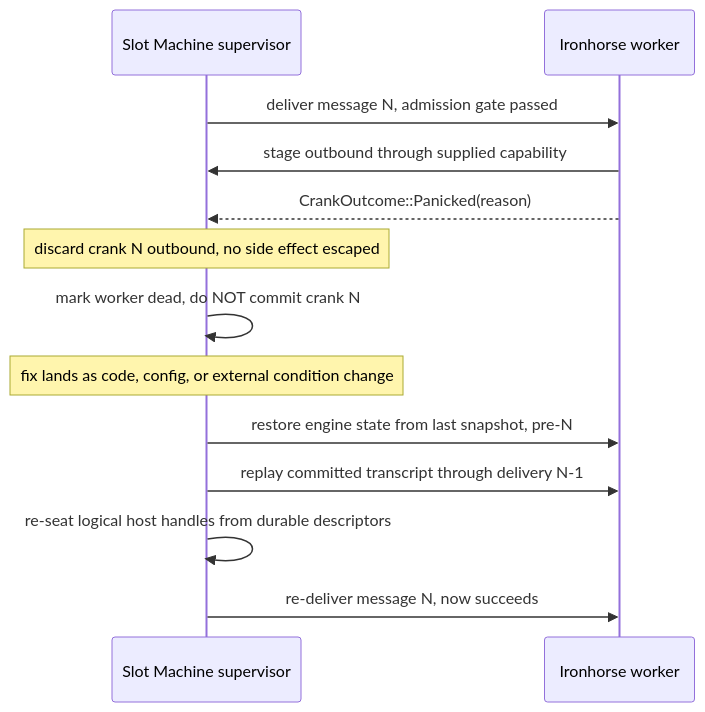
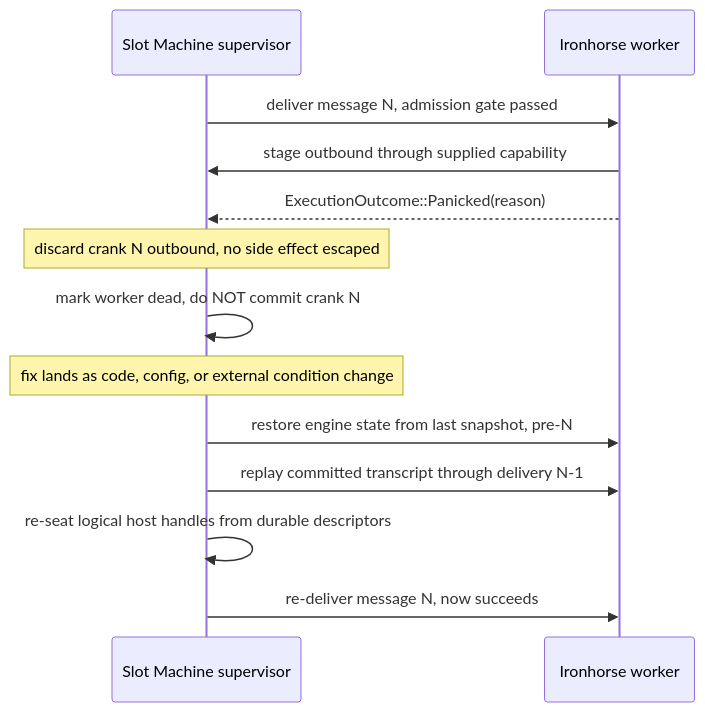
Before and after one commit to endojs/endo-but-for-bots: the second of 2 diagrams in designs/ironhorse-panic.md, drawn with Mermaid. The commit also changed other lines of this file, not shown here.

First line of the commit message:
docs(ironhorse): a crank is Slot Machine's, not the engine's (#1018)

````diff
--- a/designs/ironhorse-panic.md
+++ b/designs/ironhorse-panic.md
@@ -758,15 +772,15 @@
 ```mermaid
 sequenceDiagram
     participant SM as Slot Machine supervisor
     participant IH as Ironhorse worker
     SM->>IH: deliver message N, admission gate passed
     IH->>SM: stage outbound through supplied capability
-    IH-->>SM: CrankOutcome::Panicked(reason)
+    IH-->>SM: ExecutionOutcome::Panicked(reason)
     Note over SM: discard crank N outbound, no side effect escaped
     SM->>SM: mark worker dead, do NOT commit crank N
     Note over SM: fix lands as code, config, or external condition change
     SM->>IH: restore engine state from last snapshot, pre-N
     SM->>IH: replay committed transcript through delivery N-1
     SM->>SM: re-seat logical host handles from durable descriptors
     SM->>IH: re-deliver message N, now succeeds
 ```
````
